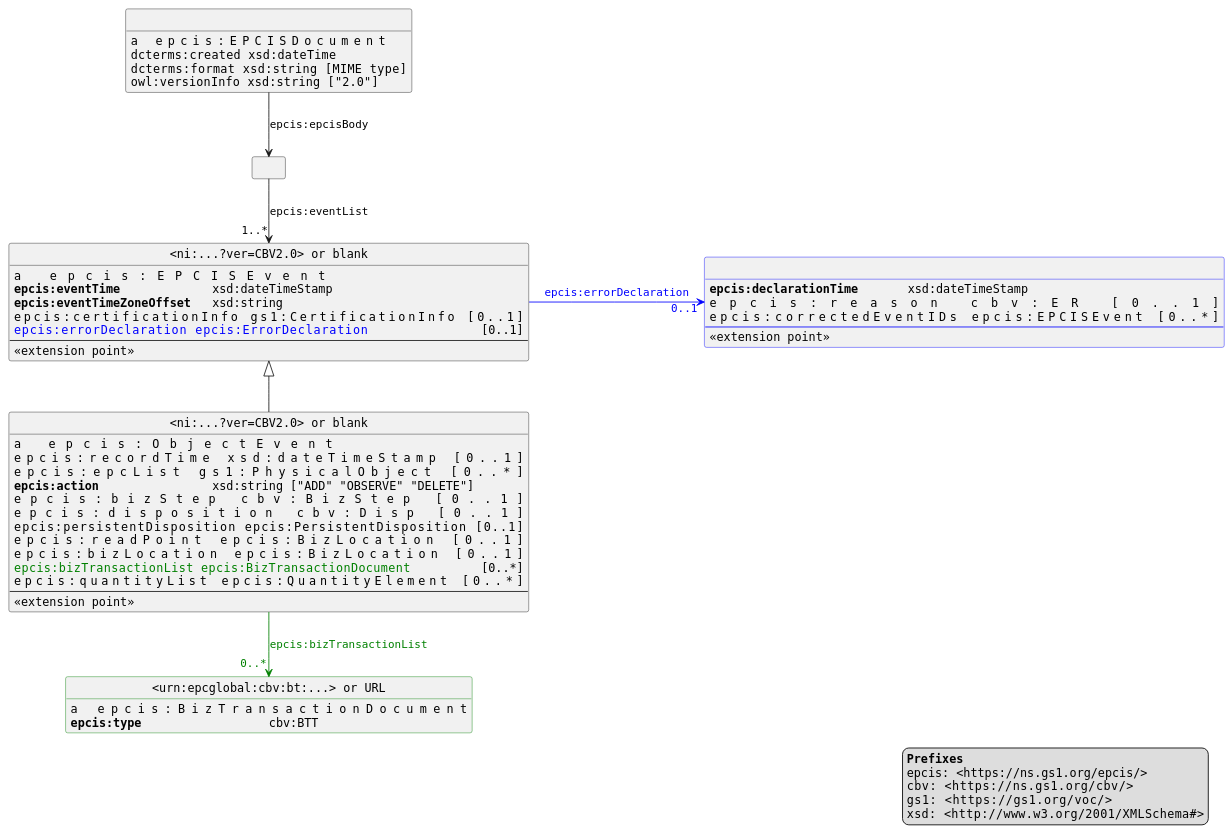
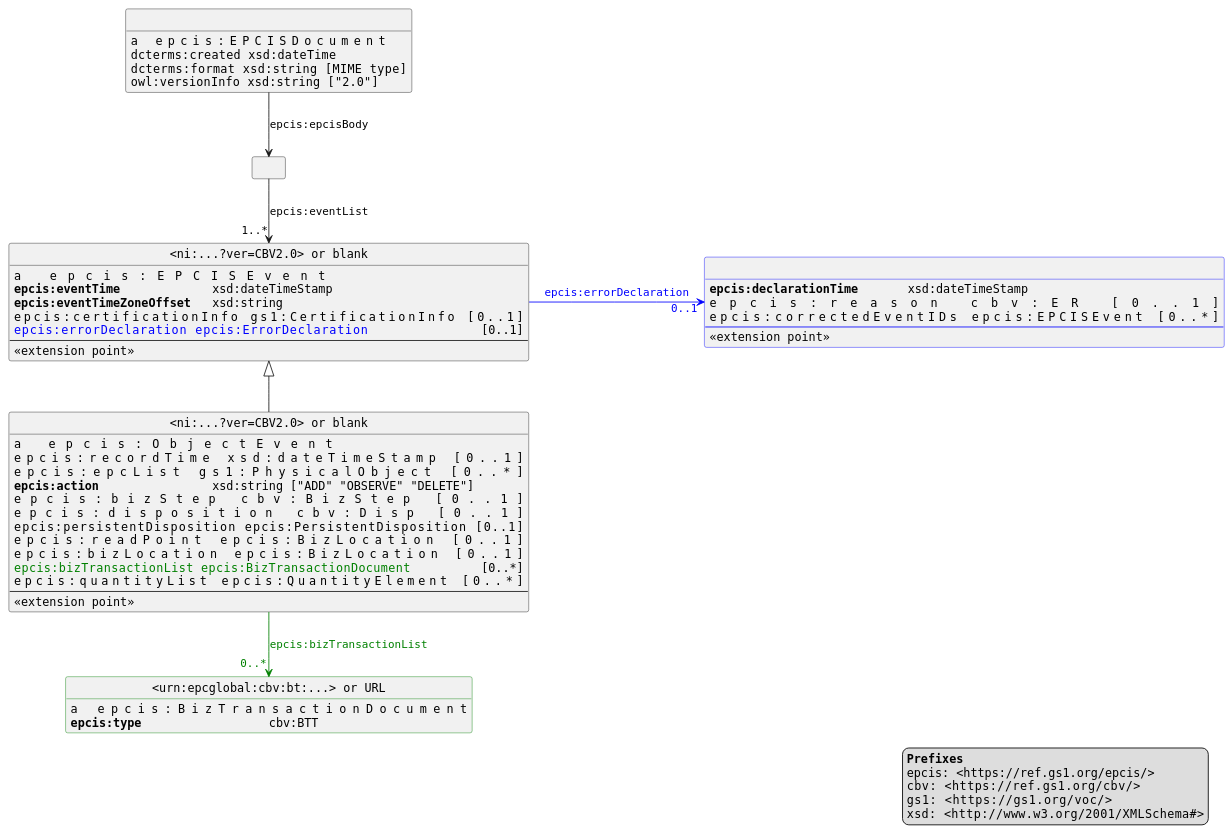
The diagram in Diagrams/ontology-partial-diagram.puml (gs1/EPCIS), drawn with PlantUML before and after one commit. The commit also changed 115 other files, not shown here.

Commit message:
GS1 has decided that ns.gs1.org will be ref.gs1.org

```diff
--- a/Diagrams/ontology-partial-diagram.puml
+++ b/Diagrams/ontology-partial-diagram.puml
@@ -1,70 +1,70 @@
 @startuml
 hide empty attributes
 hide empty methods
 hide circle
 skinparam defaultFontName DialogInput
 skinparam shadowing false
 
 legend bottom right
 **Prefixes**
-epcis: <https://ns.gs1.org/epcis/>
-cbv:   <https://ns.gs1.org/cbv/>
+epcis: <https://ref.gs1.org/epcis/>
+cbv:   <https://ref.gs1.org/cbv/>
 gs1:   <https://gs1.org/voc/>
 xsd:   <http://www.w3.org/2001/XMLSchema#>
 end legend
 
 class EPCISDocument as " " {
  a                epcis:EPCISDocument
  dcterms:created  xsd:dateTime
  dcterms:format   xsd:string [MIME type]
  owl:versionInfo  xsd:string ["2.0"]
 }
 
 class EPCISEvent as "<ni:...?ver=CBV2.0> or blank" {
  a                           epcis:EPCISEvent
  <b>epcis:eventTime</b>             xsd:dateTimeStamp
  <b>epcis:eventTimeZoneOffset</b>   xsd:string                            
  epcis:certificationInfo     gs1:CertificationInfo                 [0..1]
  <color:blue>epcis:errorDeclaration      epcis:ErrorDeclaration</color>                [0..1]
  ---
  <<extension point>>
 }
 
 class ErrorDeclaration as " " #line:blue {
  <b>epcis:declarationTime</b>       xsd:dateTimeStamp
  epcis:reason                cbv:ER                                [0..1]
  epcis:correctedEventIDs     epcis:EPCISEvent                      [0..*]
  ---
  <<extension point>>
 }
 
 class ObjectEvent as "<ni:...?ver=CBV2.0> or blank" {
  a                           epcis:ObjectEvent
  epcis:recordTime            xsd:dateTimeStamp                     [0..1]
  epcis:epcList               gs1:PhysicalObject                    [0..*]
  <b>epcis:action</b>                xsd:string ["ADD" "OBSERVE" "DELETE"]
  epcis:bizStep               cbv:BizStep                           [0..1]
  epcis:disposition           cbv:Disp                              [0..1]
  epcis:persistentDisposition epcis:PersistentDisposition           [0..1]
  epcis:readPoint             epcis:BizLocation                     [0..1]
  epcis:bizLocation           epcis:BizLocation                     [0..1]
  <color:green>epcis:bizTransactionList    epcis:BizTransactionDocument</color>          [0..*]
  epcis:quantityList          epcis:QuantityElement                 [0..*]
  ---
  <<extension point>>
 }
 
 
 class BizTransactionDocument as "<urn:epcglobal:cbv:bt:...> or URL" #line:green {
  a                           epcis:BizTransactionDocument 
  <b>epcis:type</b>                  cbv:BTT
 }
 
 class blank as "    "
 
 EPCISDocument -->              blank                                     : epcis:epcisBody
 blank         -->      "1..*"  EPCISEvent                                : epcis:eventList 
 EPCISEvent    <|--             ObjectEvent
 EPCISEvent    -right-> "0..1"  ErrorDeclaration       #blue;text:blue    : epcis:errorDeclaration
 ObjectEvent   -->      "0..*"  BizTransactionDocument #green;text:green  : epcis:bizTransactionList
 @enduml
```
